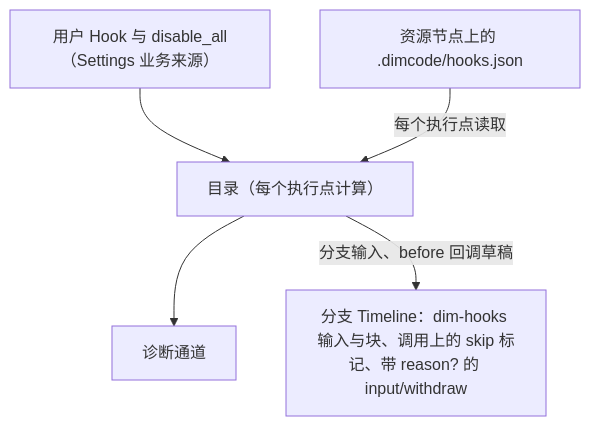
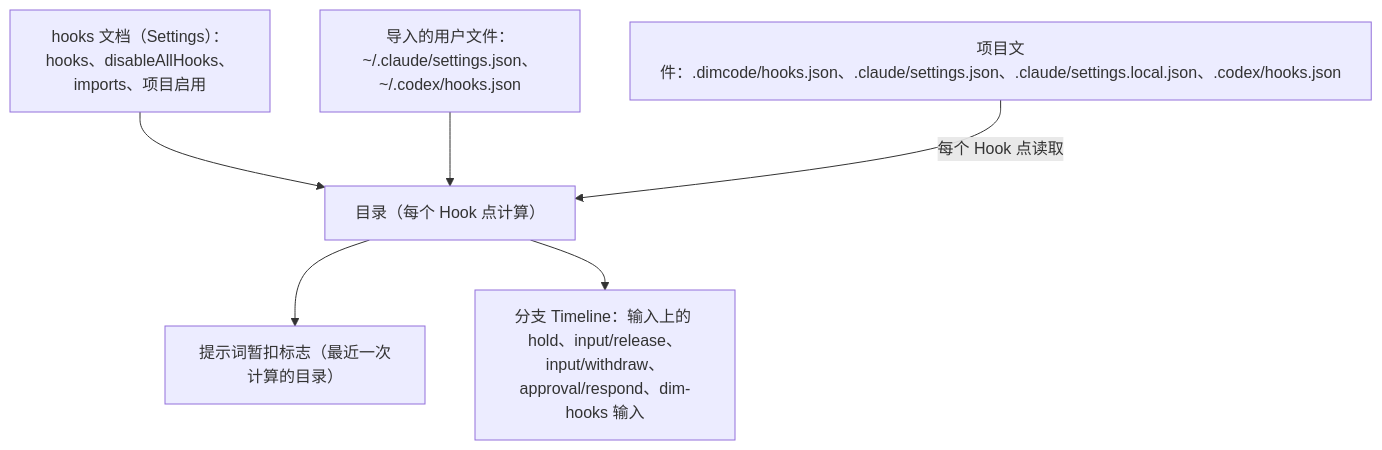
One commit to CoutinhoTTS/dim-agent changed the second of 6 diagrams in docs/zh/design/plugins/Hooks.md. Above: the diagram before and after it, drawn with Mermaid. The commit also changed other lines of this file, not shown here.

Commit message:
docs: add Chinese mirror of the Hooks design (#143)

````diff
--- a/docs/zh/design/plugins/Hooks.md
+++ b/docs/zh/design/plugins/Hooks.md
@@ -55,12 +67,14 @@
 ```mermaid
 flowchart TB
-  UserCfg["用户 Hook 与 disable_all（Settings 业务来源）"]
-  ProjFile["资源节点上的 .dimcode/hooks.json"]
-  Catalog["目录（每个执行点计算）"]
-  Diag["诊断通道"]
-  TL["分支 Timeline：dim-hooks 输入与块、调用上的 skip 标记、带 reason? 的 input/withdraw"]
-  UserCfg --> Catalog
-  ProjFile -->|"每个执行点读取"| Catalog
-  Catalog --> Diag
-  Catalog -->|"分支输入、before 回调草稿"| TL
+  User["hooks 文档（Settings）：hooks、disableAllHooks、imports、项目启用"]
+  Compat["导入的用户文件：~/.claude/settings.json、~/.codex/hooks.json"]
+  Proj["项目文件：.dimcode/hooks.json、.claude/settings.json、.claude/settings.local.json、.codex/hooks.json"]
+  Cat["目录（每个 Hook 点计算）"]
+  Snap["提示词暂扣标志（最近一次计算的目录）"]
+  TL["分支 Timeline：输入上的 hold、input/release、input/withdraw、approval/respond、dim-hooks 输入"]
+  User --> Cat
+  Compat --> Cat
+  Proj -->|"每个 Hook 点读取"| Cat
+  Cat --> Snap
+  Cat --> TL
 ```
````
